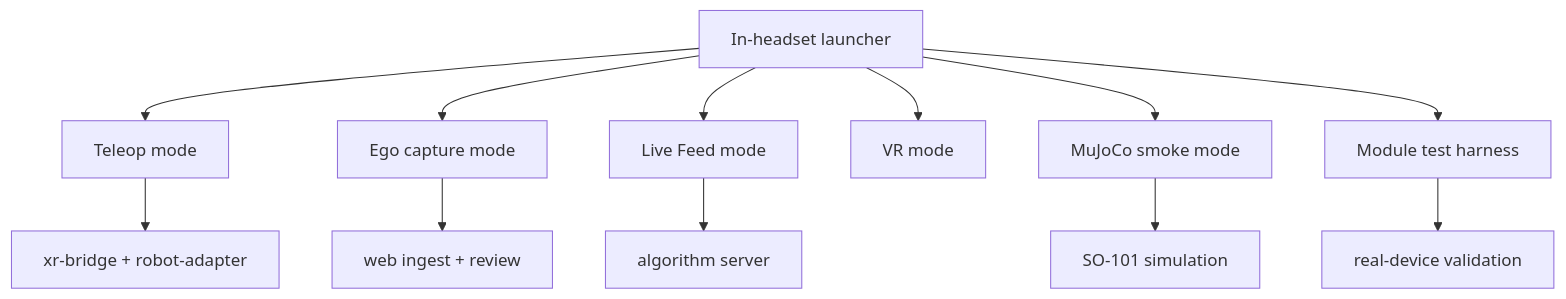
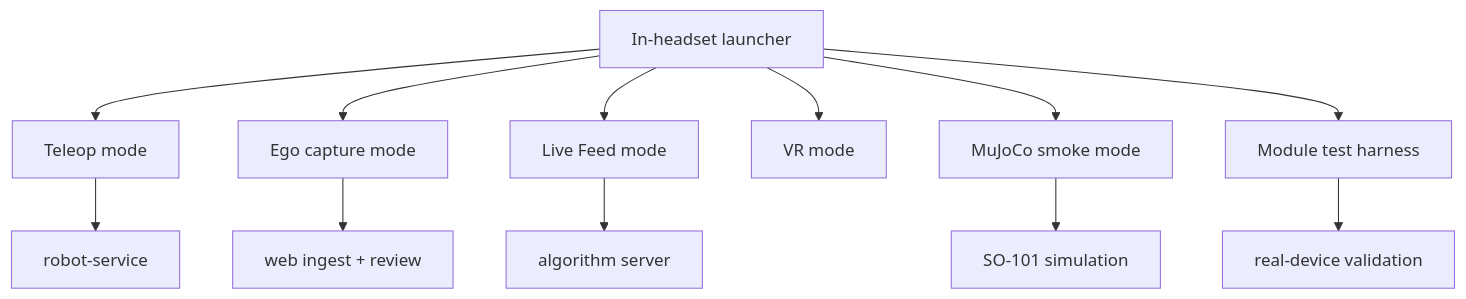
One commit to lovemoon-ai/operator changed the second of 6 diagrams in README.md. Above: the diagram before and after it, drawn with Mermaid. The commit also changed other lines of this file and 26 other files, not shown here.

Commit message:
Add robot service and dual SO101 teleop

````diff
--- a/README.md
+++ b/README.md
@@ -73,17 +73,17 @@
 ```mermaid
 flowchart TB
   Launcher["In-headset launcher"]
 
   Launcher --> Teleop["Teleop mode"]
   Launcher --> Ego["Ego capture mode"]
   Launcher --> LiveFeed["Live Feed mode"]
   Launcher --> VR["VR mode"]
   Launcher --> Mujoco["MuJoCo smoke mode"]
   Launcher --> Harness["Module test harness"]
 
-  Teleop --> RobotSide["xr-bridge + robot-adapter"]
+  Teleop --> RobotSide["robot-service"]
   Ego --> WebSide["web ingest + review"]
   LiveFeed --> AlgoSide["algorithm server"]
   Mujoco --> SimSide["SO-101 simulation"]
   Harness --> DeviceCI["real-device validation"]
 ```
````
